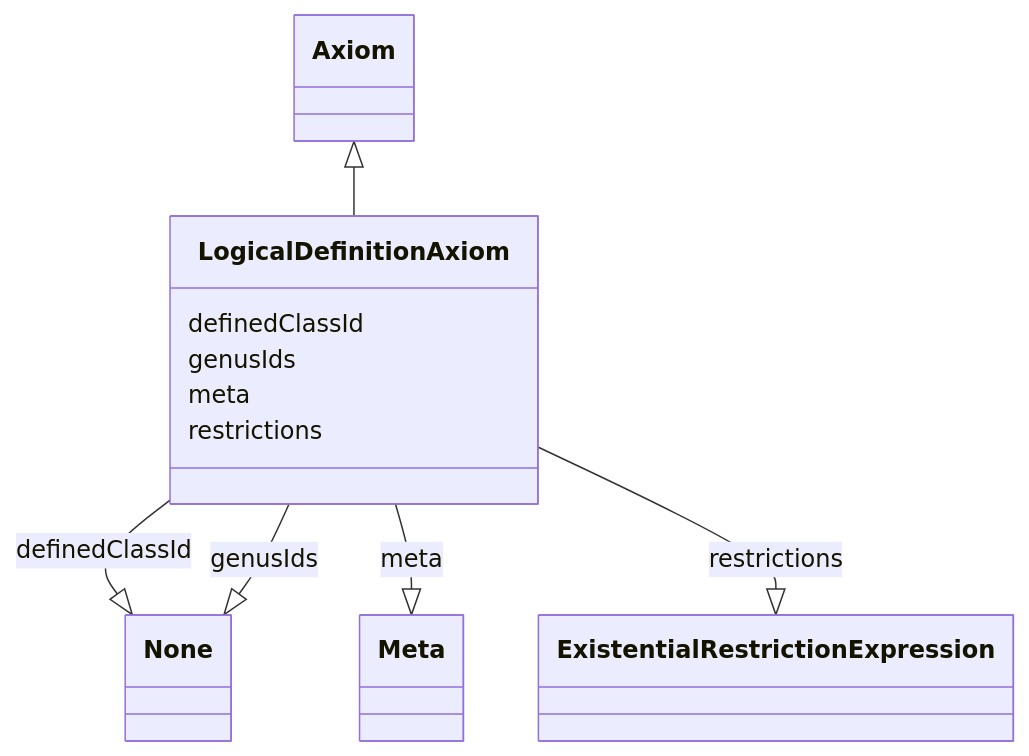
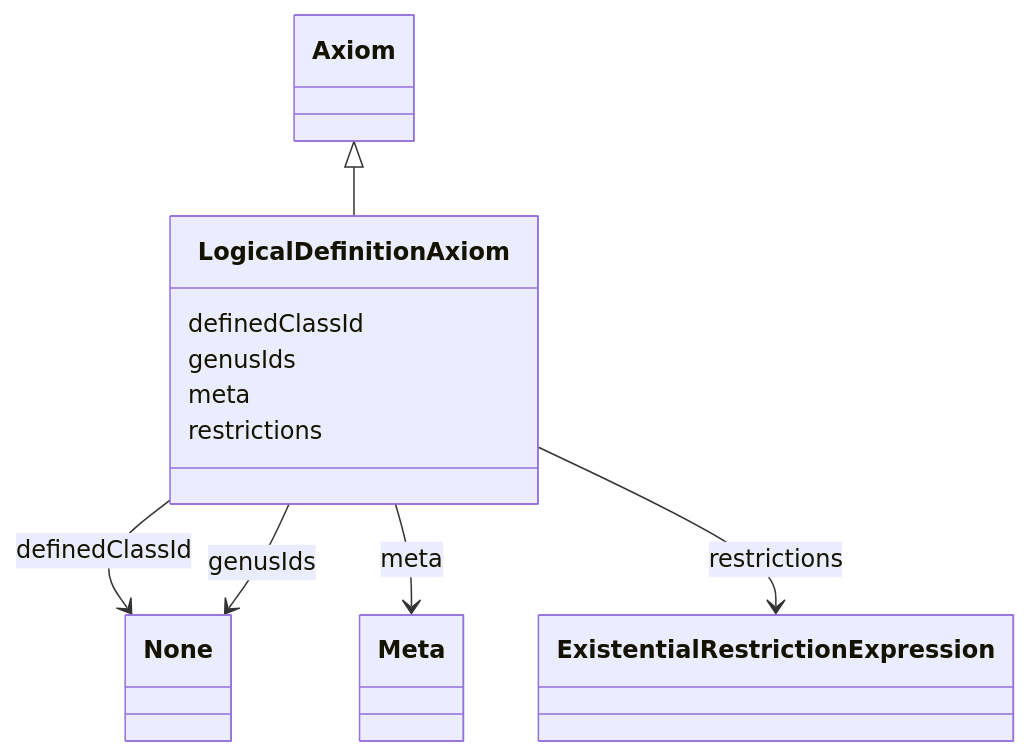
The diagram in obograph/LogicalDefinitionAxiom.md (INCATools/ontology-access-kit), drawn with Mermaid before and after one commit. The commit also changed other lines of this file and 389 other files, not shown here.

````diff
--- a/obograph/LogicalDefinitionAxiom.md
+++ b/obograph/LogicalDefinitionAxiom.md
@@ -15,23 +15,23 @@
 ```{mermaid}
  classDiagram
     class LogicalDefinitionAxiom
       Axiom <|-- LogicalDefinitionAxiom
       
       LogicalDefinitionAxiom : definedClassId
         
-          LogicalDefinitionAxiom --|> None : definedClassId
+          LogicalDefinitionAxiom --> None : definedClassId
         
       LogicalDefinitionAxiom : genusIds
         
-          LogicalDefinitionAxiom --|> None : genusIds
+          LogicalDefinitionAxiom --> None : genusIds
         
       LogicalDefinitionAxiom : meta
         
-          LogicalDefinitionAxiom --|> Meta : meta
+          LogicalDefinitionAxiom --> Meta : meta
         
       LogicalDefinitionAxiom : restrictions
         
-          LogicalDefinitionAxiom --|> ExistentialRestrictionExpression : restrictions
+          LogicalDefinitionAxiom --> ExistentialRestrictionExpression : restrictions
         
       
 ```
````
